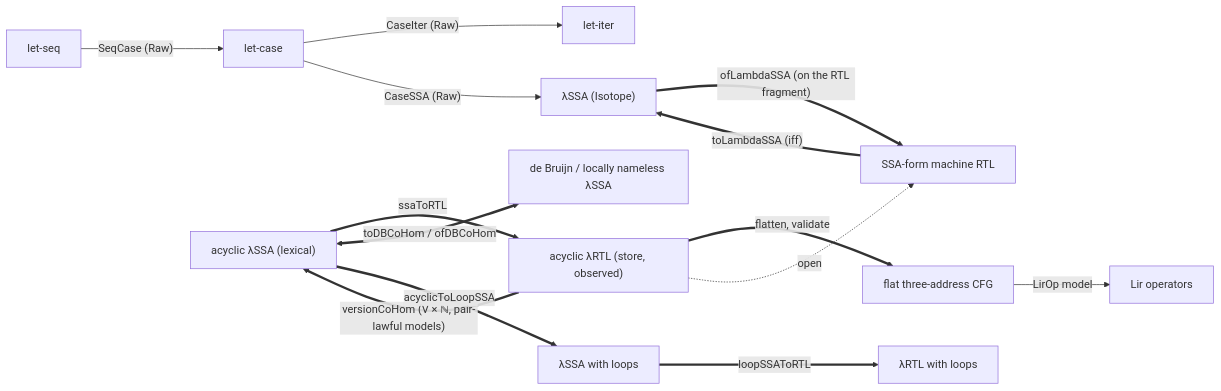
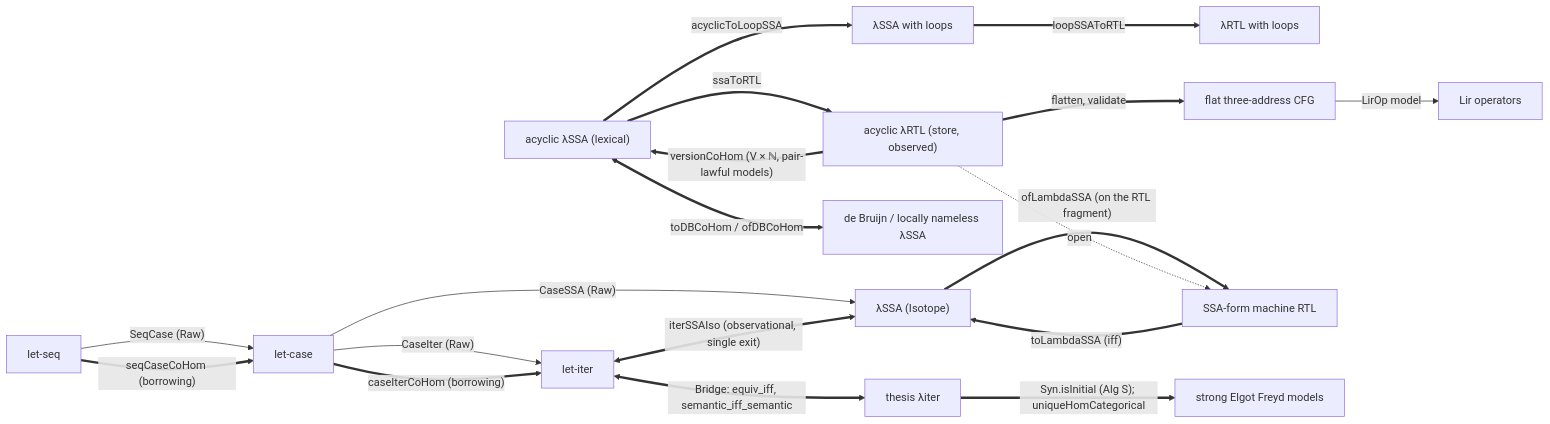
The diagram in docs/projects/ssa.md (hiloopai/silmaril-lean), drawn with Mermaid before and after one commit. The commit also changed other lines of this file and 2 other files, not shown here.

Commit message:
docs: SSA wave 2 on the project page; NOTICES for the imbrem/thesis port

````diff
--- a/docs/projects/ssa.md
+++ b/docs/projects/ssa.md
@@ -16,16 +16,21 @@
 ```mermaid
 flowchart LR
   Seq["let-seq"] -->|"SeqCase (Raw)"| Case["let-case"]
   Case -->|"CaseIter (Raw)"| Iter["let-iter"]
   Case -->|"CaseSSA (Raw)"| LSSA["λSSA (Isotope)"]
   Acyc["acyclic λSSA (lexical)"] ==>|"ssaToRTL"| RTLa["acyclic λRTL (store, observed)"]
   RTLa ==>|"versionCoHom (V × ℕ, pair-lawful models)"| Acyc
   Acyc <==>|"toDBCoHom / ofDBCoHom"| DB["de Bruijn / locally nameless λSSA"]
   Acyc ==>|"acyclicToLoopSSA"| LoopSSA["λSSA with loops"]
   LoopSSA ==>|"loopSSAToRTL"| LoopRTL["λRTL with loops"]
   RTLa ==>|"flatten, validate"| CFG["flat three-address CFG"]
   CFG -->|"LirOp model"| Lir["Lir operators"]
   MRTL["SSA-form machine RTL"] ==>|"toLambdaSSA (iff)"| LSSA
   LSSA ==>|"ofLambdaSSA (on the RTL fragment)"| MRTL
   RTLa -.->|"open"| MRTL
+  Seq ==>|"seqCaseCoHom (borrowing)"| Case
+  Case ==>|"caseIterCoHom (borrowing)"| Iter
+  Iter <==>|"iterSSAIso (observational, single exit)"| LSSA
+  Iter <==>|"Bridge: equiv_iff, semantic_iff_semantic"| TIter["thesis λiter"]
+  TIter ==>|"Syn.isInitial (Alg S); uniqueHomCategorical"| Freyd["strong Elgot Freyd models"]
 ```
````
